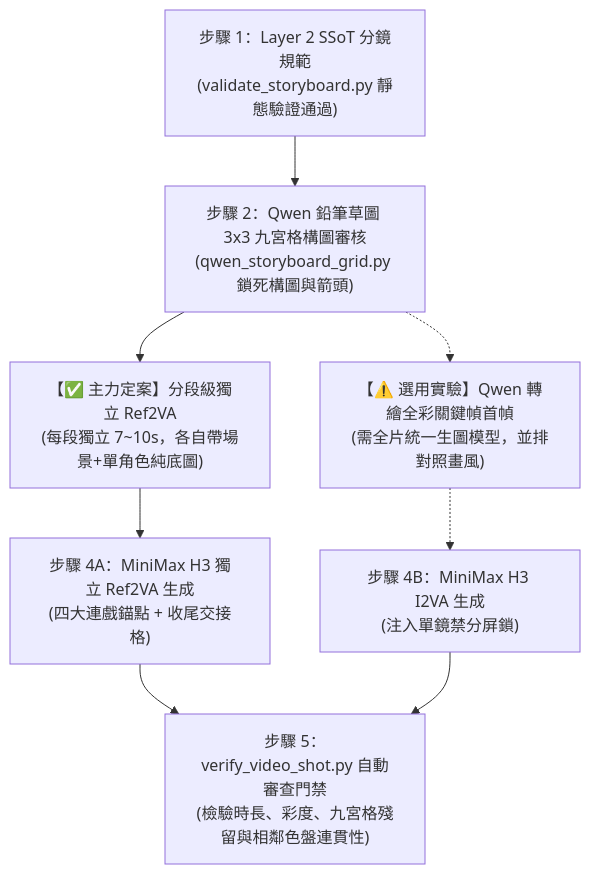
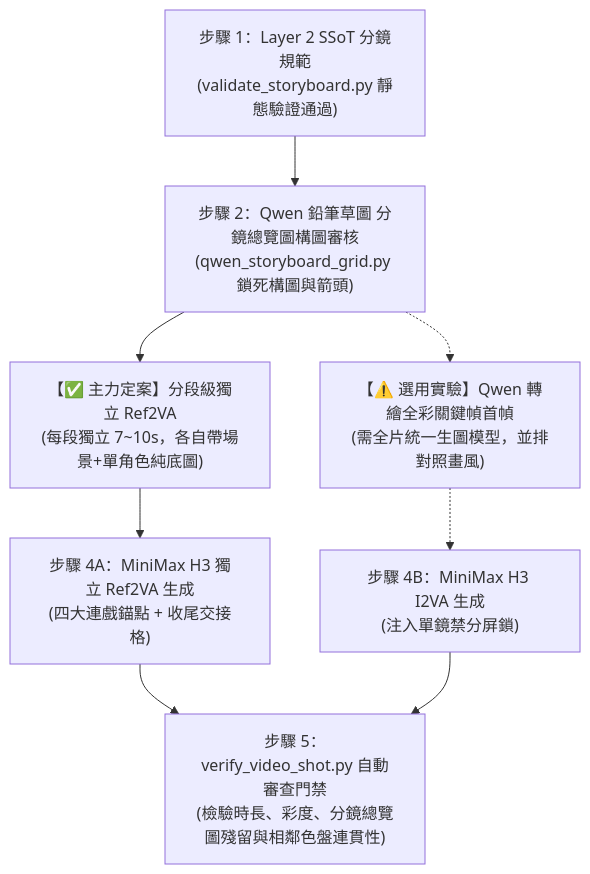
Before and after one commit to ayase0307/ai-comic-drama: the second of 2 diagrams in references/storyboard/anime-drama-grid-and-continuity.md, drawn with Mermaid. The commit also changed other lines of this file and 22 other files, not shown here.

Commit message:
PR-3：階段 4 構圖改逐鏡 panel＋依段總覽，移除硬性 3x3 九宮格用語（議題 1、#41）

````diff
--- a/references/storyboard/anime-drama-grid-and-continuity.md
+++ b/references/storyboard/anime-drama-grid-and-continuity.md
@@ -175,12 +175,12 @@
 ```mermaid
 flowchart TD
-    Step1["步驟 1：Layer 2 SSoT 分鏡規範<br/>(validate_storyboard.py 靜態驗證通過)"] --> Step2["步驟 2：Qwen 鉛筆草圖 3x3 九宮格構圖審核<br/>(qwen_storyboard_grid.py 鎖死構圖與箭頭)"]
+    Step1["步驟 1：Layer 2 SSoT 分鏡規範<br/>(validate_storyboard.py 靜態驗證通過)"] --> Step2["步驟 2：Qwen 鉛筆草圖 分鏡總覽圖構圖審核<br/>(qwen_storyboard_grid.py 鎖死構圖與箭頭)"]
     
     Step2 --> PathA["【✅ 主力定案】分段級獨立 Ref2VA<br/>(每段獨立 7~10s，各自帶場景+單角色純底圖)"]
     Step2 -.-> PathB["【⚠️ 選用實驗】Qwen 轉繪全彩關鍵幀首幀<br/>(需全片統一生圖模型，並排對照畫風)"]
     
     PathA --> Step4A["步驟 4A：MiniMax H3 獨立 Ref2VA 生成<br/>(四大連戲錨點 + 收尾交接格)"]
     PathB -.-> Step4B["步驟 4B：MiniMax H3 I2VA 生成<br/>(注入單鏡禁分屏鎖)"]
     
-    Step4A & Step4B --> Step5["步驟 5：verify_video_shot.py 自動審查門禁<br/>(檢驗時長、彩度、九宮格殘留與相鄰色盤連貫性)"]
+    Step4A & Step4B --> Step5["步驟 5：verify_video_shot.py 自動審查門禁<br/>(檢驗時長、彩度、分鏡總覽圖殘留與相鄰色盤連貫性)"]
 ```
````
